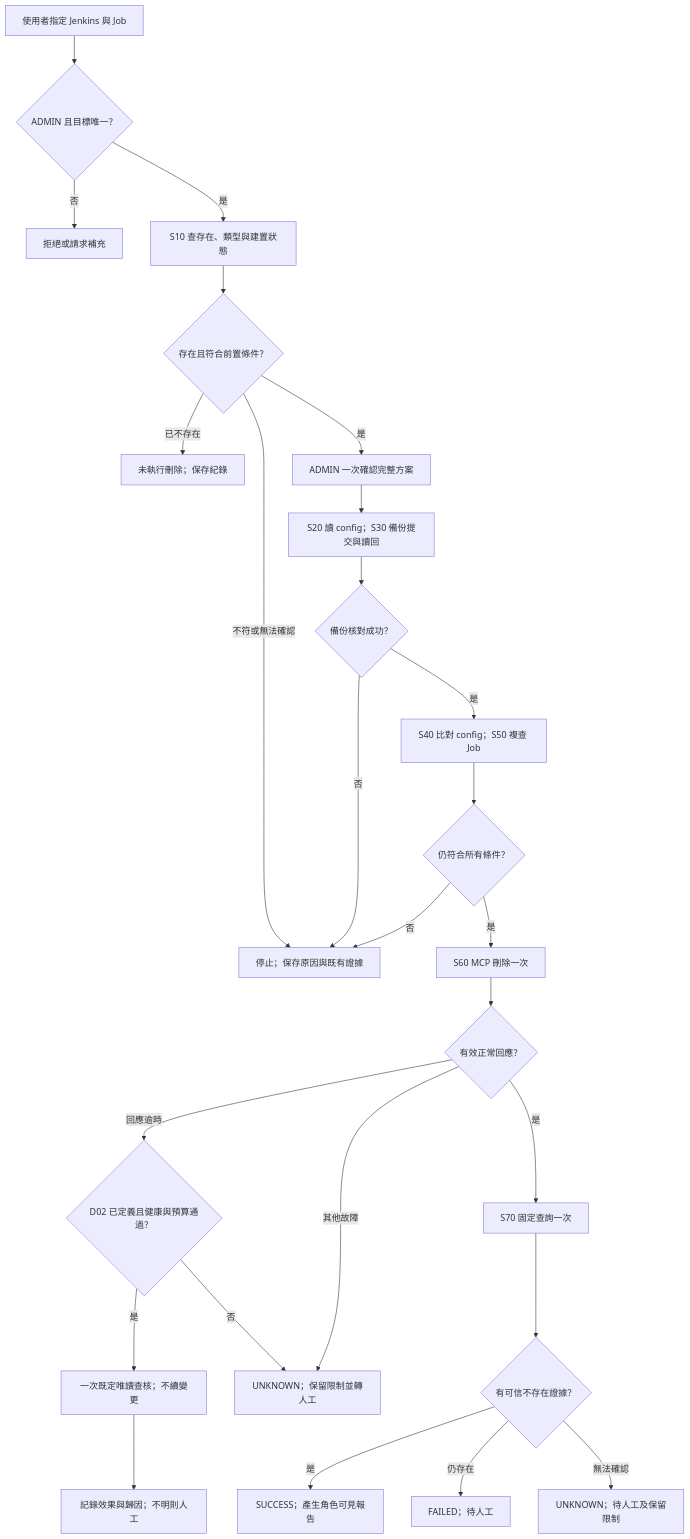
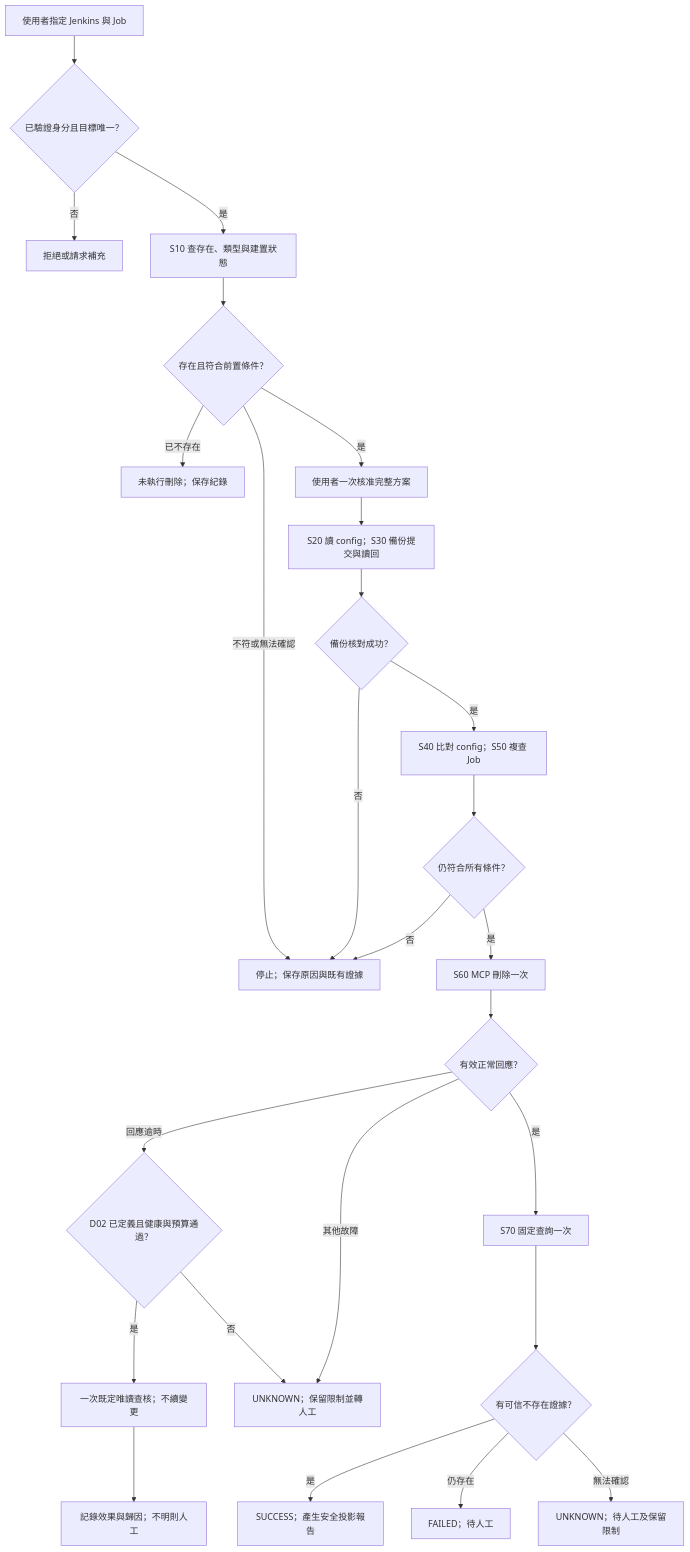
Before and after one commit to lancehuang58/ai-devops-platform: the first of 6 diagrams in doc/specifications/DevOps_智慧維運應用系統分析規格書_草案.md, drawn with Mermaid. The commit also changed other lines of this file, not shown here.

````diff
--- a/doc/specifications/DevOps_智慧維運應用系統分析規格書_草案.md
+++ b/doc/specifications/DevOps_智慧維運應用系統分析規格書_草案.md
@@ -141,28 +134,28 @@
 ```mermaid
 flowchart TD
-    A["使用者指定 Jenkins 與 Job"] --> B{"ADMIN 且目標唯一？"}
+    A["使用者指定 Jenkins 與 Job"] --> B{"已驗證身分且目標唯一？"}
     B -->|否| X["拒絕或請求補充"]
     B -->|是| C["S10 查存在、類型與建置狀態"]
     C --> D{"存在且符合前置條件？"}
     D -->|已不存在| N["未執行刪除；保存紀錄"]
     D -->|不符或無法確認| F["停止；保存原因與既有證據"]
-    D -->|是| E["ADMIN 一次確認完整方案"]
+    D -->|是| E["使用者一次核准完整方案"]
     E --> G["S20 讀 config；S30 備份提交與讀回"]
     G --> H{"備份核對成功？"}
     H -->|否| F
     H -->|是| I["S40 比對 config；S50 複查 Job"]
     I --> J{"仍符合所有條件？"}
     J -->|否| F
     J -->|是| K["S60 MCP 刪除一次"]
     K --> L{"有效正常回應？"}
     L -->|回應逾時| T{"D02 已定義且健康與預算通過？"}
     T -->|是| V["一次既定唯讀查核；不續變更"]
     V --> Z["記錄效果與歸因；不明則人工"]
     T -->|否| U["UNKNOWN；保留限制並轉人工"]
     L -->|其他故障| U
     L -->|是| M["S70 固定查詢一次"]
     M --> O{"有可信不存在證據？"}
-    O -->|是| P["SUCCESS；產生角色可見報告"]
+    O -->|是| P["SUCCESS；產生安全投影報告"]
     O -->|仍存在| Q["FAILED；待人工"]
     O -->|無法確認| R["UNKNOWN；待人工及保留限制"]
 ```
````
